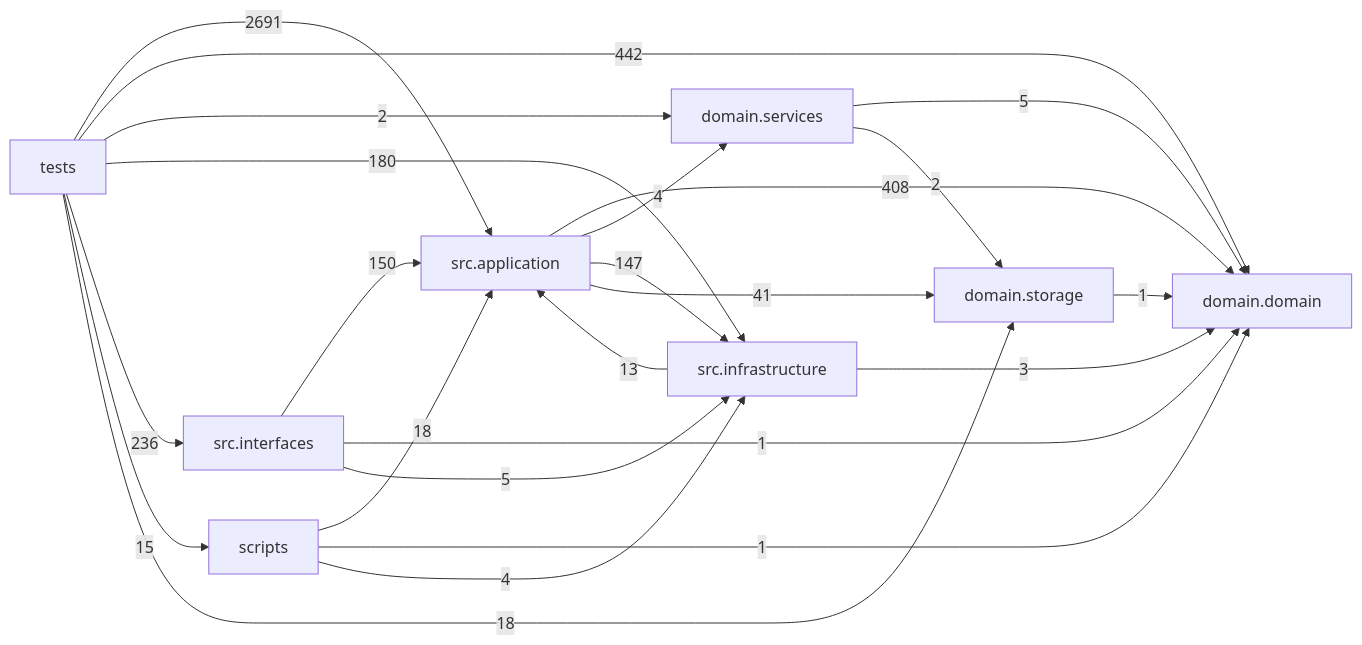
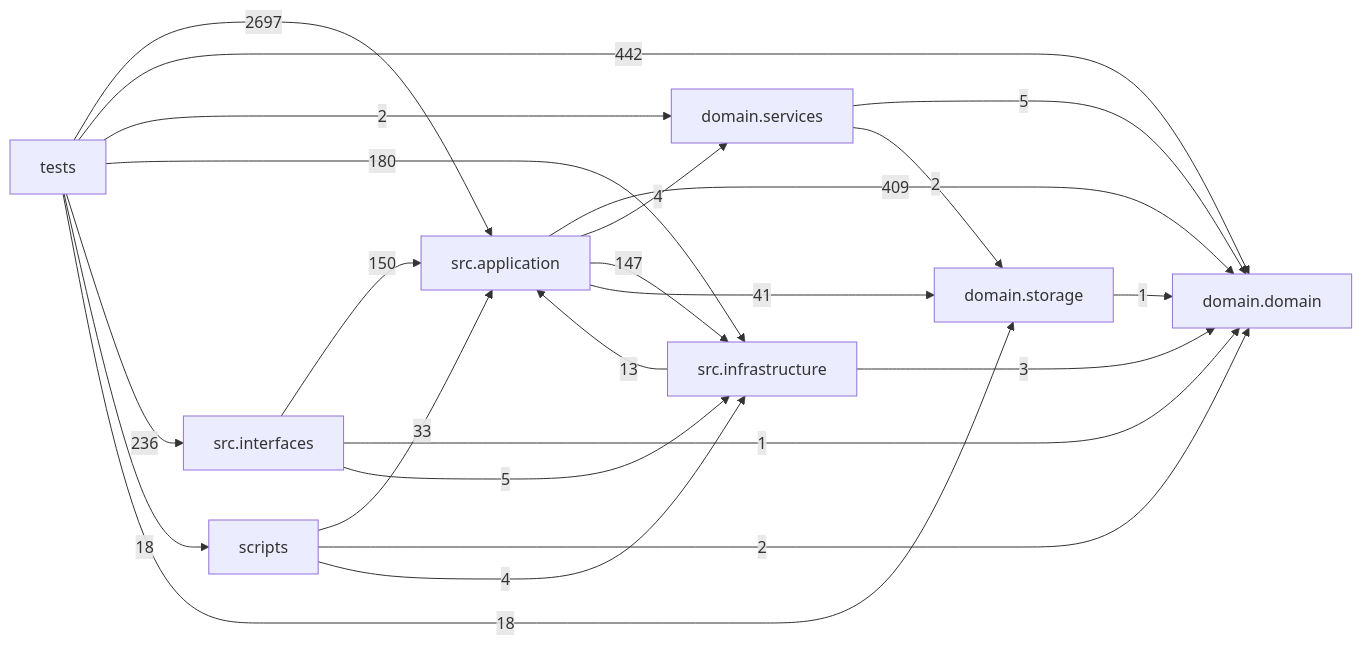
One commit to liuxie066/options-monitor changed the diagram in docs/DEPENDENCY_GRAPH.md. Above: the diagram before and after it, drawn with Mermaid. The commit also changed other lines of this file and 15 other files, not shown here.

````diff
--- a/docs/DEPENDENCY_GRAPH.md
+++ b/docs/DEPENDENCY_GRAPH.md
@@ -24,33 +24,33 @@
 ```mermaid
 flowchart LR
   tests["tests"]
   scripts["scripts"]
   interfaces["src.interfaces"]
   application["src.application"]
   infrastructure["src.infrastructure"]
   domain_services["domain.services"]
   domain["domain.domain"]
   storage["domain.storage"]
-  application -->|408| domain
+  application -->|409| domain
   application -->|4| domain_services
   application -->|147| infrastructure
   application -->|41| storage
   domain_services -->|5| domain
   domain_services -->|2| storage
   infrastructure -->|13| application
   infrastructure -->|3| domain
   interfaces -->|150| application
   interfaces -->|1| domain
   interfaces -->|5| infrastructure
-  scripts -->|18| application
-  scripts -->|1| domain
+  scripts -->|33| application
+  scripts -->|2| domain
   scripts -->|4| infrastructure
   storage -->|1| domain
-  tests -->|2691| application
+  tests -->|2697| application
   tests -->|442| domain
   tests -->|2| domain_services
   tests -->|180| infrastructure
   tests -->|236| interfaces
-  tests -->|15| scripts
+  tests -->|18| scripts
   tests -->|18| storage
 ```
````
